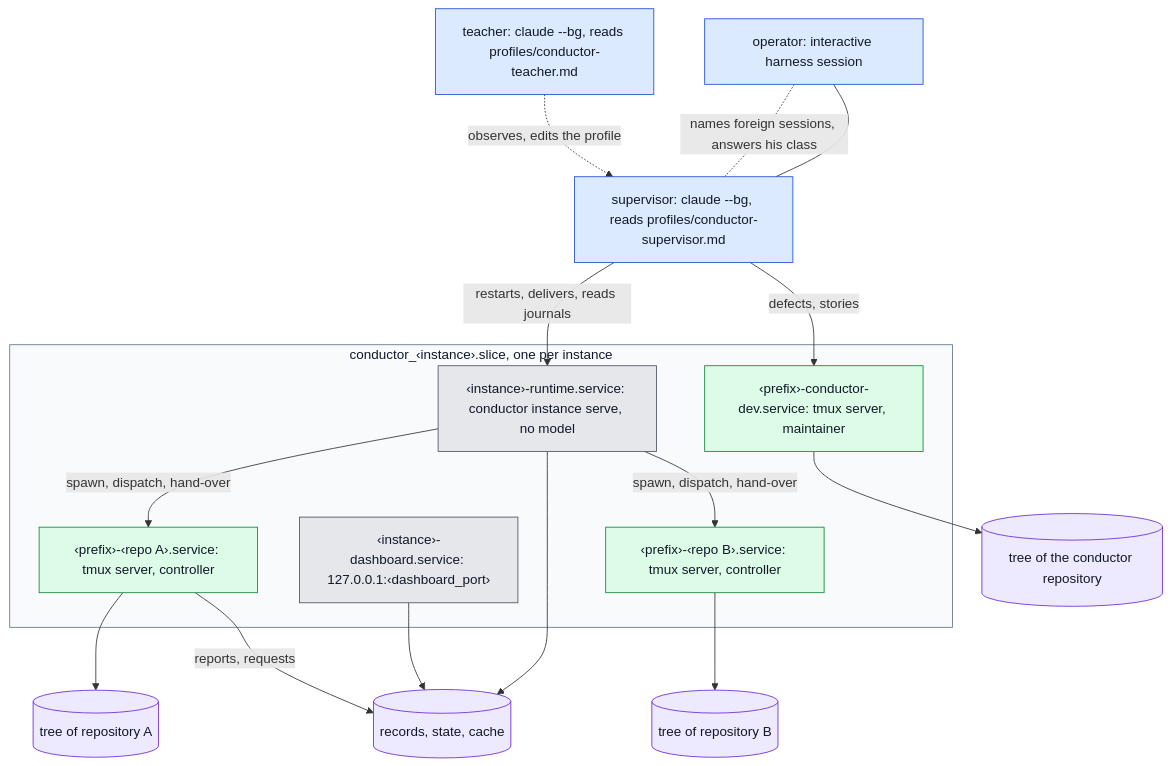
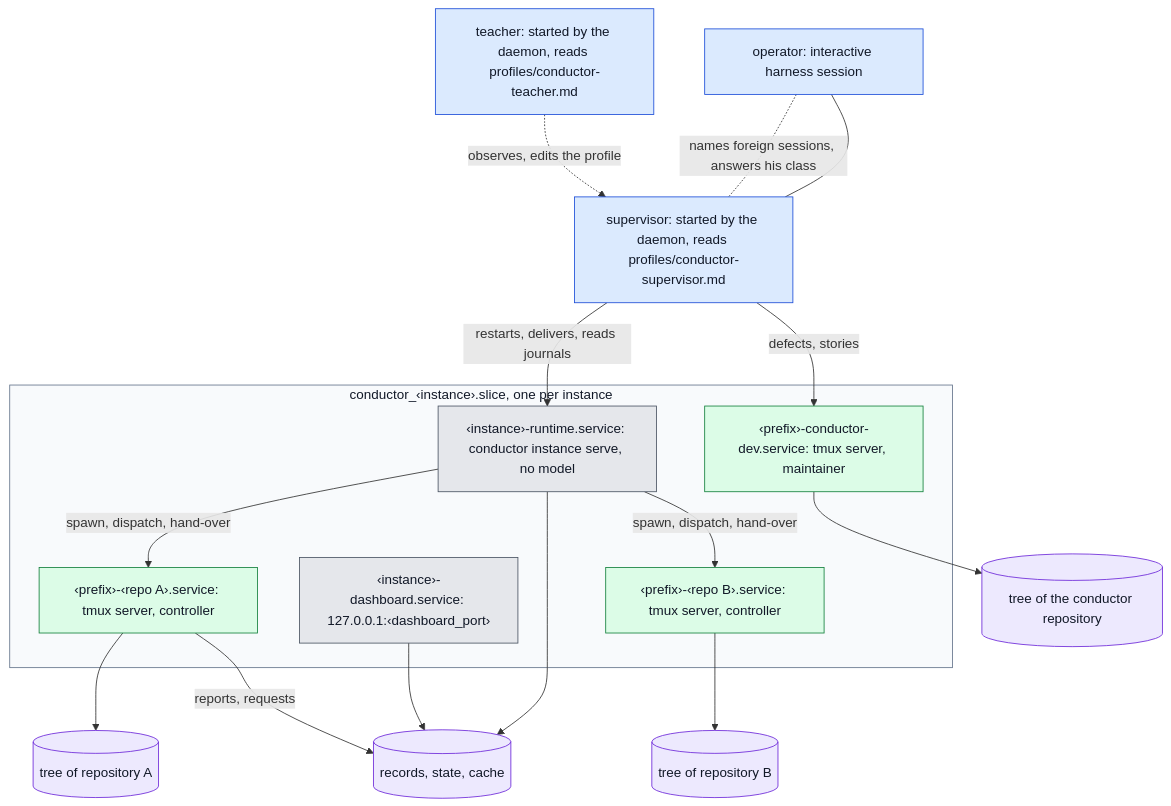
Before and after one commit to beyond10x/conductor: the first of 12 diagrams in website/docs/concepts/architecture.md, drawn with Mermaid. The commit also changed other lines of this file and 116 other files, not shown here.

First line of the commit message:
v1 wave 5: the TUI, the tuner, the remote daemon, the token pool, the substrate box, the host roles

````diff
--- a/website/docs/concepts/architecture.md
+++ b/website/docs/concepts/architecture.md
@@ -17,31 +17,31 @@
 ```mermaid
 flowchart TB
   classDef host fill:#dbeafe,stroke:#1d4ed8,color:#111827
   classDef model fill:#dcfce7,stroke:#15803d,color:#111827
   classDef nomodel fill:#e5e7eb,stroke:#4b5563,color:#111827
   classDef store fill:#ede9fe,stroke:#6d28d9,color:#111827
   op["operator: interactive harness session"]:::host
-  sup["supervisor: claude --bg, reads profiles/conductor-supervisor.md"]:::host
-  tea["teacher: claude --bg, reads profiles/conductor-teacher.md"]:::host
+  sup["supervisor: started by the daemon, reads profiles/conductor-supervisor.md"]:::host
+  tea["teacher: started by the daemon, reads profiles/conductor-teacher.md"]:::host
   op --- sup
   op -.-|names foreign sessions, answers his class| sup
   tea -.->|observes, edits the profile| sup
   subgraph slice["conductor_‹instance›.slice, one per instance"]
     run["‹instance›-runtime.service: conductor instance serve, no model"]:::nomodel
     dash["‹instance›-dashboard.service: 127.0.0.1:‹dashboard_port›"]:::nomodel
     s1["‹prefix›-‹repo A›.service: tmux server, controller"]:::model
     s2["‹prefix›-‹repo B›.service: tmux server, controller"]:::model
     dev["‹prefix›-conductor-dev.service: tmux server, maintainer"]:::model
   end
   style slice fill:#f8fafc,stroke:#64748b,color:#111827
   sup -->|restarts, delivers, reads journals| run
   sup -->|defects, stories| dev
   run -->|spawn, dispatch, hand-over| s1
   run -->|spawn, dispatch, hand-over| s2
   s1 --> t1[("tree of repository A")]:::store
   s2 --> t2[("tree of repository B")]:::store
   dev --> t3[("tree of the conductor repository")]:::store
   run --> store[("records, state, cache")]:::store
   dash --> store
   s1 -->|reports, requests| store
 ```
````
